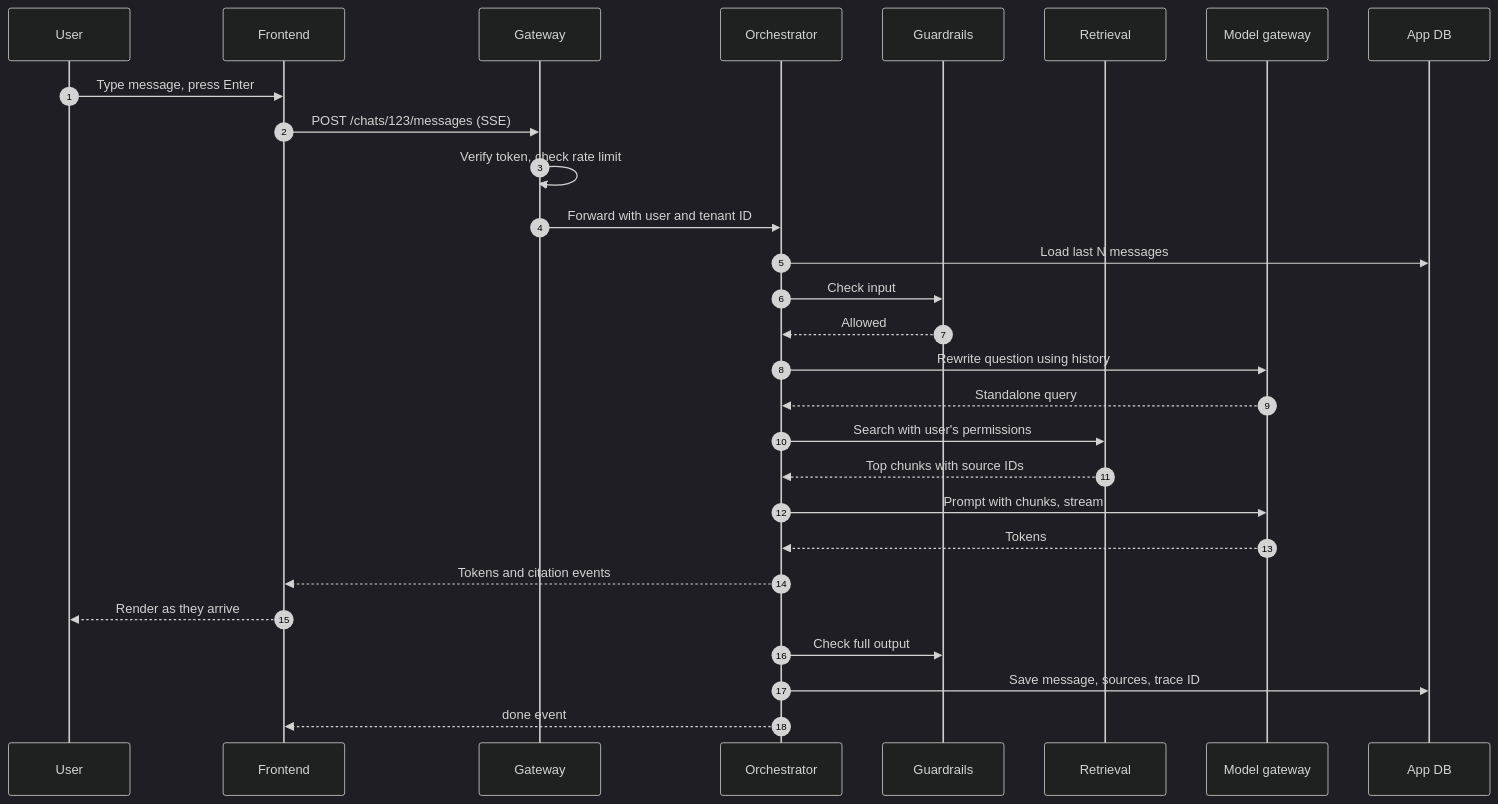
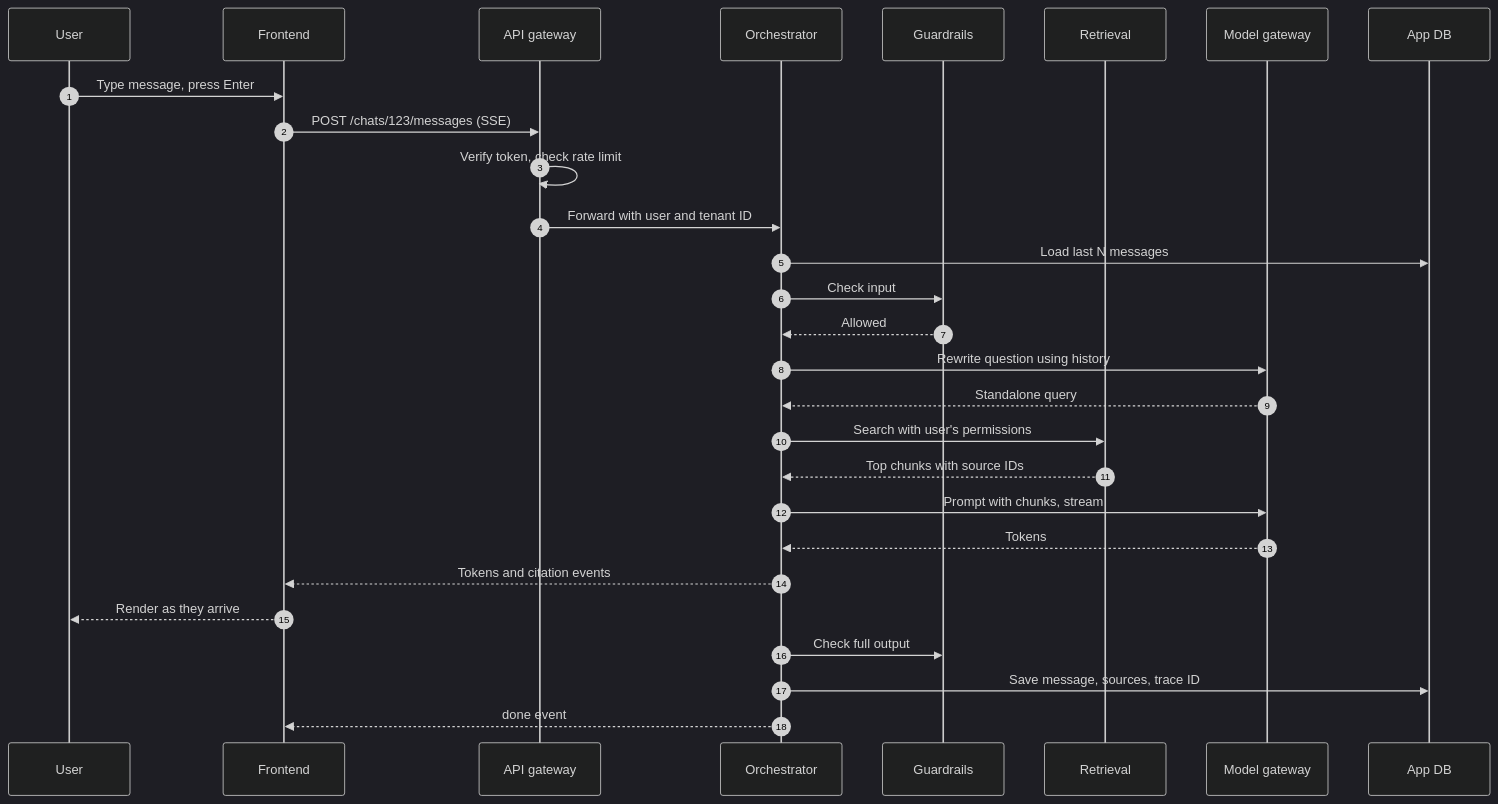
The diagram in content/docs/architecture/request-lifecycle.mdx (jsonggan/getgapless-docs), drawn with Mermaid (dark theme) before and after one commit. The commit also changed other lines of this file, not shown here.

````diff
--- a/content/docs/architecture/request-lifecycle.mdx
+++ b/content/docs/architecture/request-lifecycle.mdx
@@ -12,31 +12,31 @@
 ```mermaid
 sequenceDiagram
   autonumber
   participant U as User
   participant FE as Frontend
-  participant GW as Gateway
+  participant GW as API gateway
   participant O as Orchestrator
   participant G as Guardrails
   participant R as Retrieval
   participant M as Model gateway
   participant DB as App DB
 
   U->>FE: Type message, press Enter
   FE->>GW: POST /chats/123/messages (SSE)
   GW->>GW: Verify token, check rate limit
   GW->>O: Forward with user and tenant ID
   O->>DB: Load last N messages
   O->>G: Check input
   G-->>O: Allowed
   O->>M: Rewrite question using history
   M-->>O: Standalone query
   O->>R: Search with user's permissions
   R-->>O: Top chunks with source IDs
   O->>M: Prompt with chunks, stream
   M-->>O: Tokens
   O-->>FE: Tokens and citation events
   FE-->>U: Render as they arrive
   O->>G: Check full output
   O->>DB: Save message, sources, trace ID
   O-->>FE: done event
 ```
````
